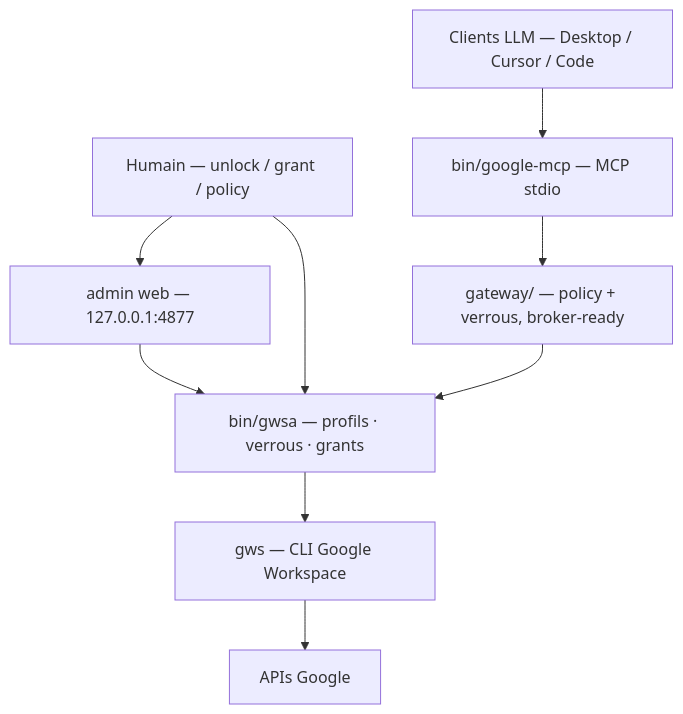
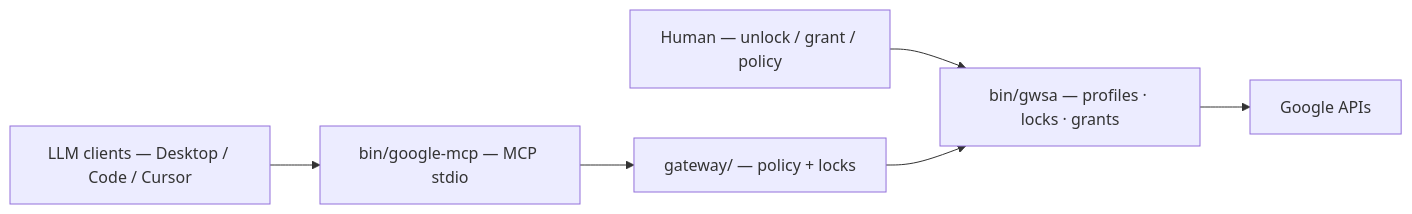
Before and after one commit to elzinko/google-mcp-multi-account: the diagram in README.md, drawn with Mermaid. The commit also changed other lines of this file, not shown here.

````diff
--- a/README.md
+++ b/README.md
@@ -102,14 +52,11 @@
 ```mermaid
-flowchart TD
-    USER["Humain — unlock / grant / policy"]
-    LLM["Clients LLM — Desktop / Cursor / Code"]
+flowchart LR
+    USER["Human — unlock / grant / policy"]
+    LLM["LLM clients — Desktop / Code / Cursor"]
     MCP["bin/google-mcp — MCP stdio"]
-    GW["gateway/ — policy + verrous, broker-ready"]
-    ADMIN["admin web — 127.0.0.1:4877"]
-    GWSA["bin/gwsa — profils · verrous · grants"]
-    GWS["gws — CLI Google Workspace"]
-    GOOGLE["APIs Google"]
-    USER --> ADMIN --> GWSA
+    GW["gateway/ — policy + locks"]
+    GWSA["bin/gwsa — profiles · locks · grants"]
+    GOOGLE["Google APIs"]
     USER --> GWSA
-    LLM --> MCP --> GW --> GWSA --> GWS --> GOOGLE
+    LLM --> MCP --> GW --> GWSA --> GOOGLE
 ```
````
